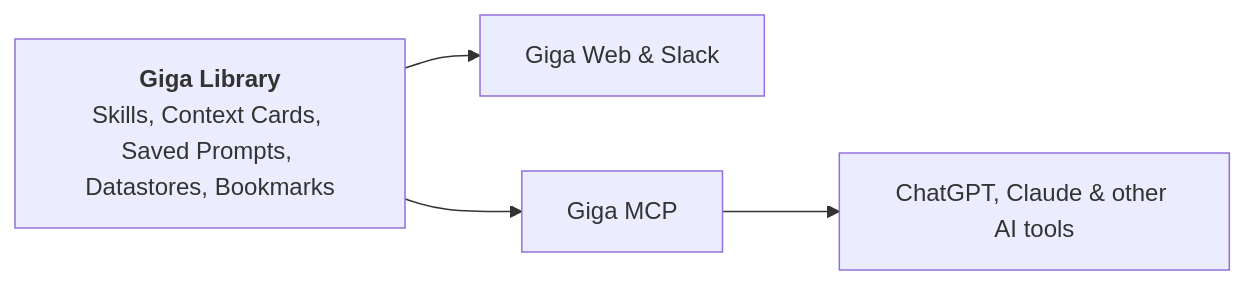
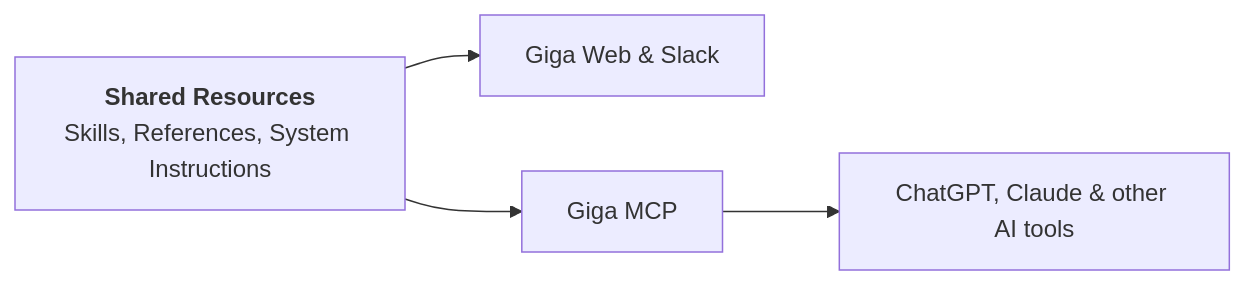
Before and after one commit to tonyennis145/documentationai-Docs: the diagram in library/index.mdx, drawn with Mermaid. The commit also changed other lines of this file and 91 other files, not shown here.

````diff
--- a/library/index.mdx
+++ b/library/index.mdx
@@ -32,6 +29,6 @@
 ```mermaid
 graph LR
-    L["<b>Giga Library</b><br/>Skills, Context Cards, Saved Prompts, Datastores, Bookmarks"] --> W[Giga Web & Slack]
+    L["<b>Shared Resources</b><br/>Skills, References, System Instructions"] --> W[Giga Web & Slack]
     L --> M[Giga MCP]
     M --> X[ChatGPT, Claude & other AI tools]
 ```
````
